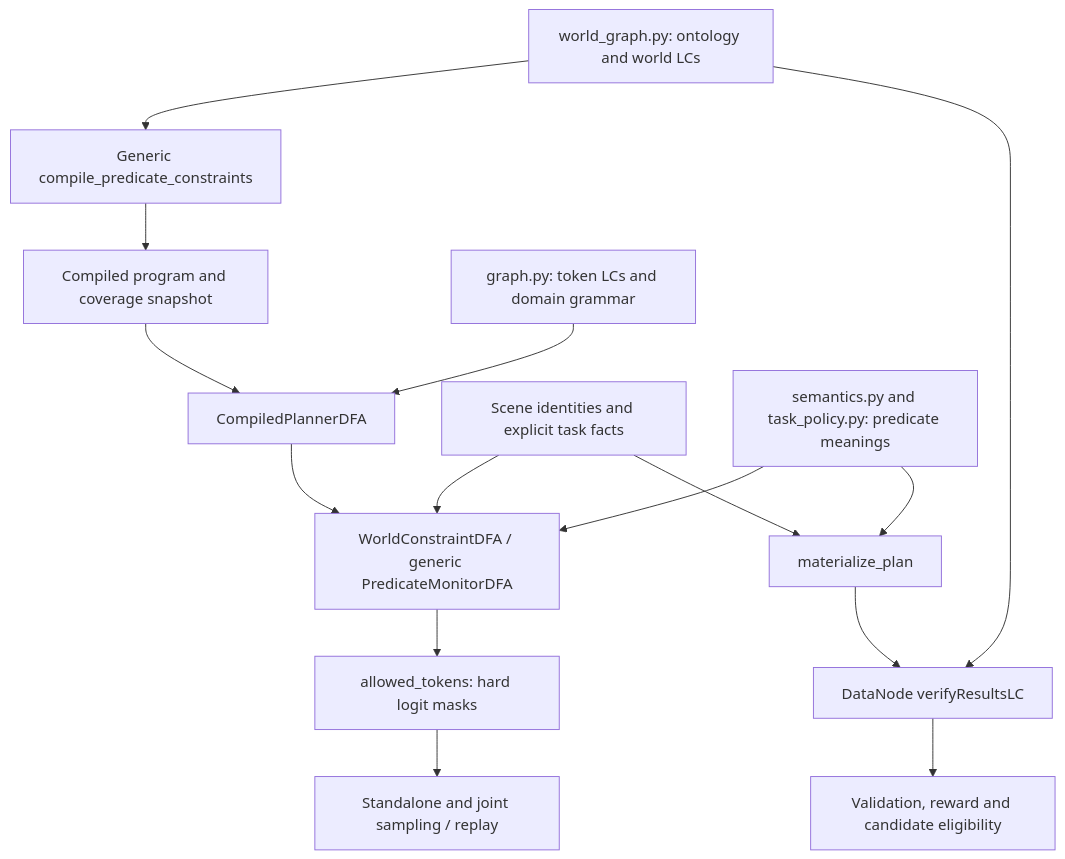
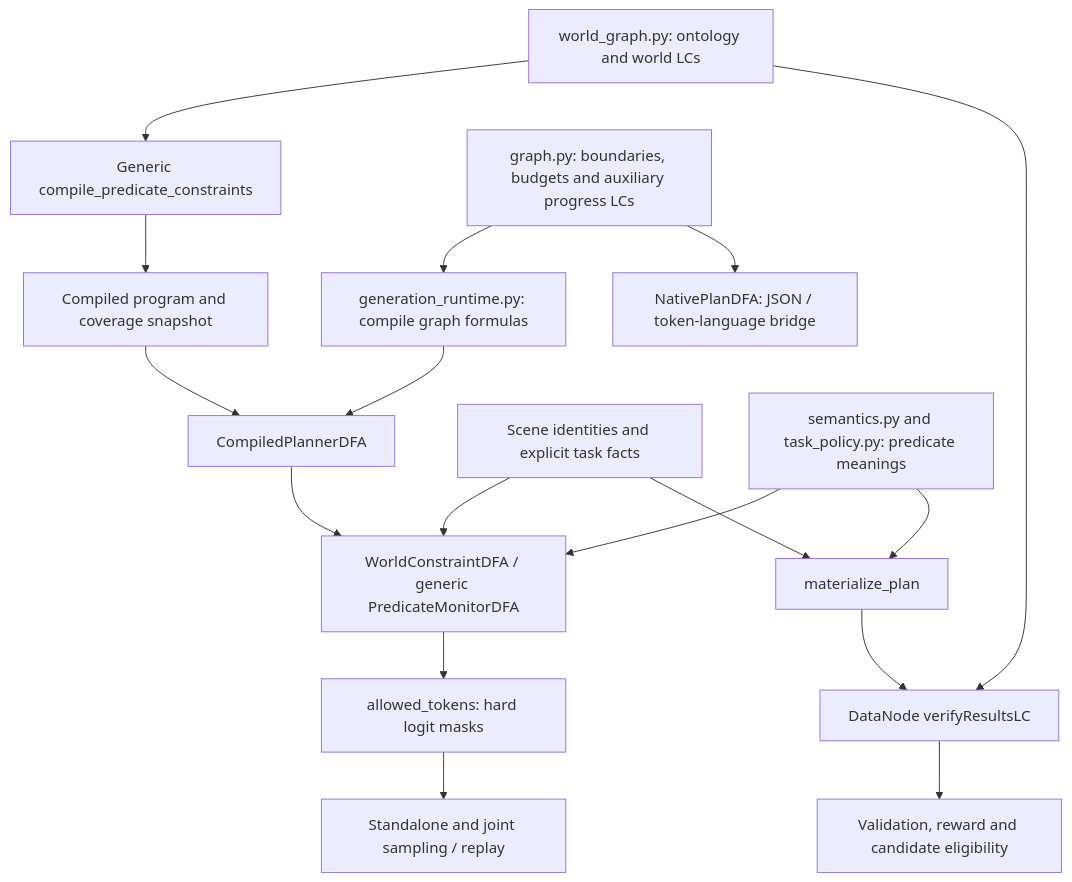
One commit to HLR/DomiKnowS changed the diagram in test_regr/VLABenchAgentInterface/docs/VLABENCH_LOGICAL_CONSTRAINTS_AND_COMPONENTS.md. Above: the diagram before and after it, drawn with Mermaid. The commit also changed other lines of this file, not shown here.

````diff
--- a/test_regr/VLABenchAgentInterface/docs/VLABENCH_LOGICAL_CONSTRAINTS_AND_COMPONENTS.md
+++ b/test_regr/VLABenchAgentInterface/docs/VLABENCH_LOGICAL_CONSTRAINTS_AND_COMPONENTS.md
@@ -9,17 +11,19 @@
 ```mermaid
 flowchart TD
     World["world_graph.py: ontology and world LCs"] --> Compiler["Generic compile_predicate_constraints"]
     Compiler --> Program["Compiled program and coverage snapshot"]
-    Tokens["graph.py: token LCs and domain grammar"] --> Grammar["CompiledPlannerDFA"]
+    Tokens["graph.py: boundaries, budgets and auxiliary progress LCs"] --> Compile["generation_runtime.py: compile graph formulas"]
+    Compile --> Grammar["CompiledPlannerDFA"]
+    Tokens --> Native["NativePlanDFA: JSON / token-language bridge"]
     Program --> Grammar
     Grammar --> Monitor["WorldConstraintDFA / generic PredicateMonitorDFA"]
     Facts["Scene identities and explicit task facts"] --> Monitor
     Semantics["semantics.py and task_policy.py: predicate meanings"] --> Monitor
     Monitor --> Masks["allowed_tokens: hard logit masks"]
     Masks --> Models["Standalone and joint sampling / replay"]
     World --> Verify["DataNode verifyResultsLC"]
     Facts --> Materialize["materialize_plan"]
     Semantics --> Materialize
     Materialize --> Verify
     Verify --> Consumers["Validation, reward and candidate eligibility"]
 ```
````
